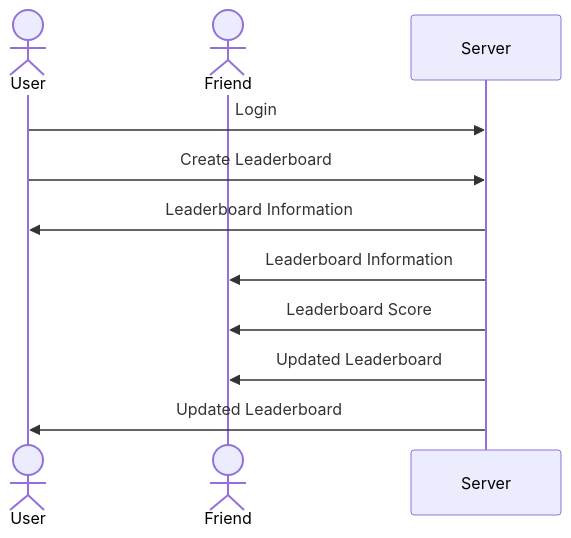
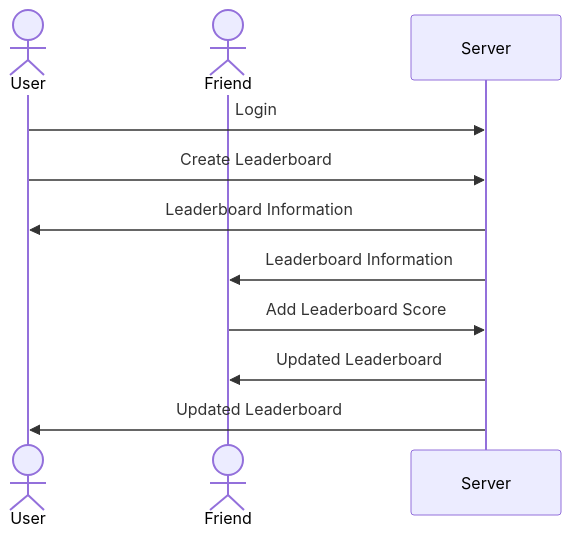
Before and after one commit to jarommasters-max/boardification: the diagram in README.md, drawn with Mermaid.

Commit message:
Fixed one more thing on diagram

````diff
--- a/README.md
+++ b/README.md
@@ -27,12 +27,12 @@
 ```mermaid
 sequenceDiagram
     actor User
     actor Friend
     User->>Server: Login
     User->>Server: Create Leaderboard
     Server->>User: Leaderboard Information
     Server->>Friend: Leaderboard Information
-    Server->>Friend: Leaderboard Score
+    Friend->>Server: Add Leaderboard Score
     Server->>Friend: Updated Leaderboard
     Server->>User: Updated Leaderboard
 ```
````
